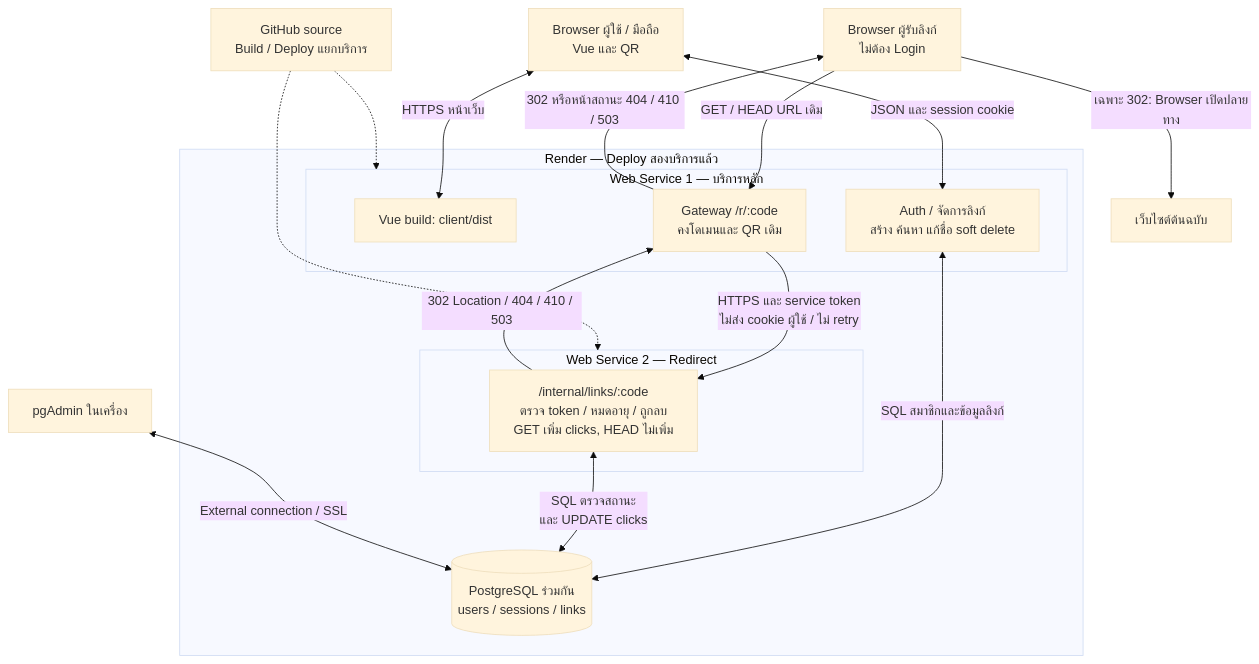
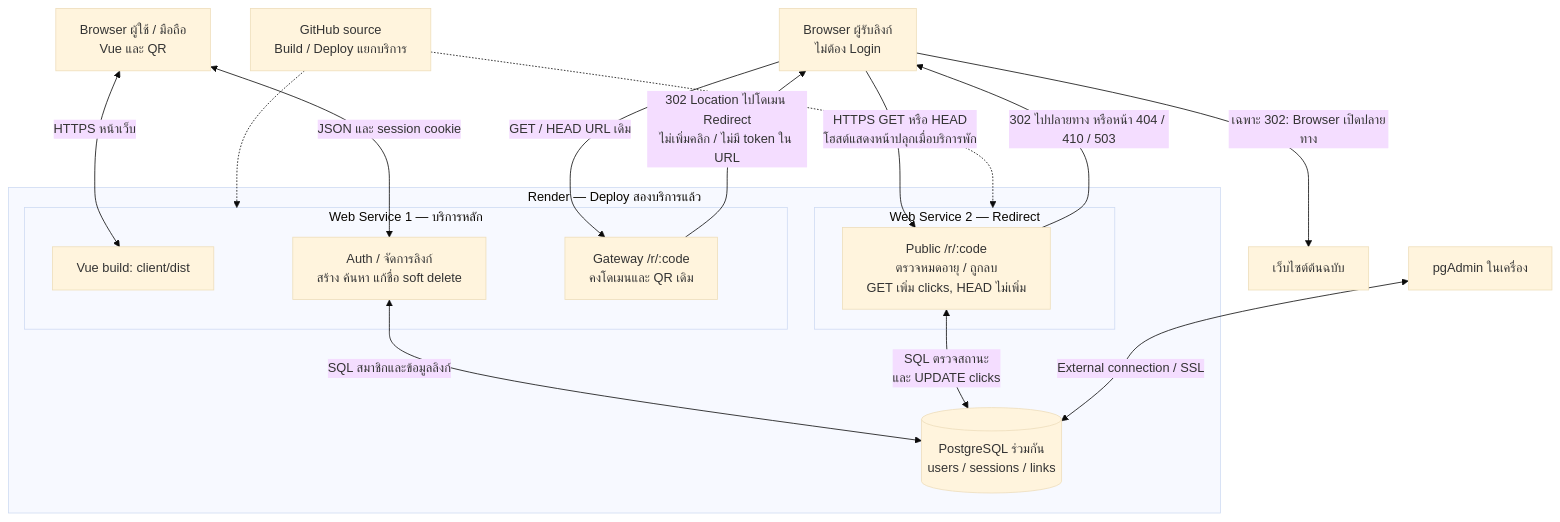
The diagram in docs/ARCHITECTURE.md (Nawaphon05/Short-Url), drawn with Mermaid (base theme) before and after one commit. The commit also changed other lines of this file and 8 other files, not shown here.

````diff
--- a/docs/ARCHITECTURE.md
+++ b/docs/ARCHITECTURE.md
@@ -9,31 +9,31 @@
 ```mermaid
 flowchart TB
     B["Browser ผู้ใช้ / มือถือ<br/>Vue และ QR"]
     V["Browser ผู้รับลิงก์<br/>ไม่ต้อง Login"]
     Git["GitHub source<br/>Build / Deploy แยกบริการ"]
     subgraph Hosting["Render — Deploy สองบริการแล้ว"]
         subgraph Core["Web Service 1 — บริการหลัก"]
             UI["Vue build: client/dist"]
             API["Auth / จัดการลิงก์<br/>สร้าง ค้นหา แก้ชื่อ soft delete"]
             Gateway["Gateway /r/:code<br/>คงโดเมนและ QR เดิม"]
         end
         subgraph Service["Web Service 2 — Redirect"]
-            Resolve["/internal/links/:code<br/>ตรวจ token / หมดอายุ / ถูกลบ<br/>GET เพิ่ม clicks, HEAD ไม่เพิ่ม"]
+            Resolve["Public /r/:code<br/>ตรวจหมดอายุ / ถูกลบ<br/>GET เพิ่ม clicks, HEAD ไม่เพิ่ม"]
         end
         DB[("PostgreSQL ร่วมกัน<br/>users / sessions / links")]
     end
     Target["เว็บไซต์ต้นฉบับ"]
     Admin["pgAdmin ในเครื่อง"]
     Git -.-> Core
     Git -.-> Service
     B <-->|"HTTPS หน้าเว็บ"| UI
     B <-->|"JSON และ session cookie"| API
     API <-->|"SQL สมาชิกและข้อมูลลิงก์"| DB
     V -->|"GET / HEAD URL เดิม"| Gateway
-    Gateway -->|"HTTPS และ service token<br/>ไม่ส่ง cookie ผู้ใช้ / ไม่ retry"| Resolve
-    Resolve -->|"302 Location / 404 / 410 / 503"| Gateway
+    Gateway -->|"302 Location ไปโดเมน Redirect<br/>ไม่เพิ่มคลิก / ไม่มี token ใน URL"| V
+    V -->|"HTTPS GET หรือ HEAD<br/>โฮสต์แสดงหน้าปลุกเมื่อบริการพัก"| Resolve
+    Resolve -->|"302 ไปปลายทาง หรือหน้า 404 / 410 / 503"| V
     Resolve <-->|"SQL ตรวจสถานะ<br/>และ UPDATE clicks"| DB
-    Gateway -->|"302 หรือหน้าสถานะ 404 / 410 / 503"| V
     V -->|"เฉพาะ 302: Browser เปิดปลายทาง"| Target
     Admin <-->|"External connection / SSL"| DB
 ```
````
